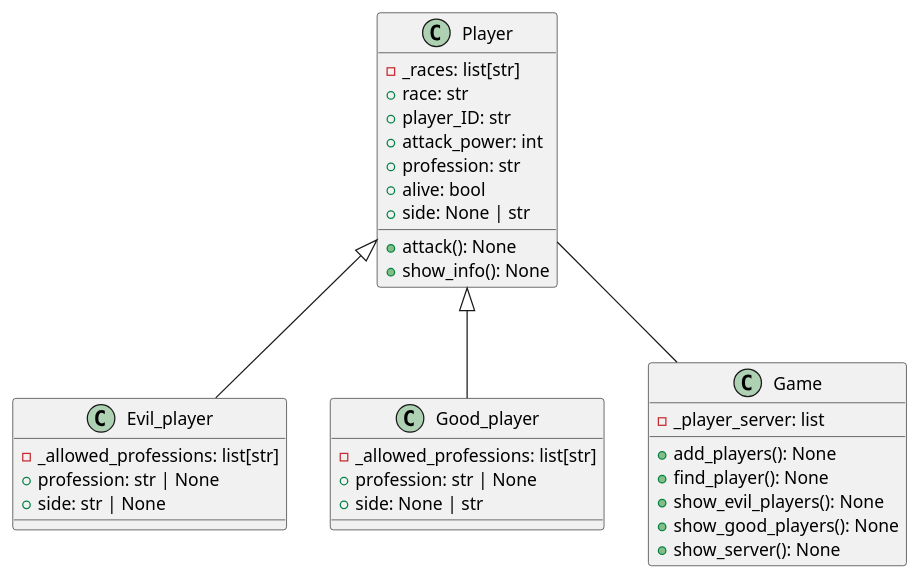
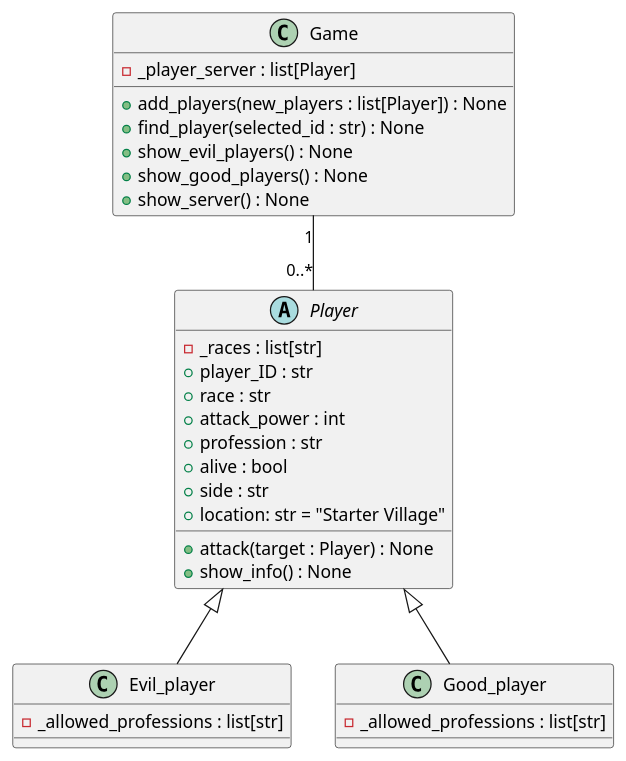
The diagram in src/tasks/3_before_third_test/fantasy_UML.puml (LakBud/Informasjonsteknologi-2-Python-Course), drawn with PlantUML before and after one commit. The commit also changed 9 other files, not shown here.

```diff
--- a/src/tasks/3_before_third_test/fantasy_UML.puml
+++ b/src/tasks/3_before_third_test/fantasy_UML.puml
@@ -1,43 +1,52 @@
 @startuml fantasy_game_class_task
 
-class Player {
-    - _races: list[str]
-    + race: str
-    + player_ID: str
-    + attack_power: int
-    + profession: str
-    + alive: bool
-    + side: None | str
-    + attack(): None
-    + show_info(): None
-}
 
-class Evil_player {
-    - _allowed_professions: list[str]
-    + profession: str | None
-    + side: str | None
+' Abstract-like base class
+
+abstract class Player {
+    - _races : list[str]
+    + player_ID : str
+    + race : str
+    + attack_power : int
+    + profession : str
+    + alive : bool
+    + side : str
+    + location: str = "Starter Village"
+
+    + attack(target : Player) : None
+    + show_info() : None
 }
 
 
-class Good_player {
-    - _allowed_professions: list[str]
-    + profession: str | None
-    + side: None | str
+' Subclasses
+
+class Evil_player {
+    - _allowed_professions : list[str]
 }
 
-class Game {
-    - _player_server: list
-    + add_players(): None
-    + find_player(): None
-    + show_evil_players(): None
-    + show_good_players(): None
-    + show_server(): None
+class Good_player {
+    - _allowed_professions : list[str]
 }
 
+Player <|-- Evil_player
 Player <|-- Good_player
-Player <|-- Evil_player
-Player -- Game
 
 
+' Game class
+
+class Game {
+    - _player_server : list[Player]
+
+    + add_players(new_players : list[Player]) : None
+    + find_player(selected_id : str) : None
+    + show_evil_players() : None
+    + show_good_players() : None
+    + show_server() : None
+}
+
+
+' Relationships
+
+Game "1" -- "0..*" Player
 
 @enduml
```
